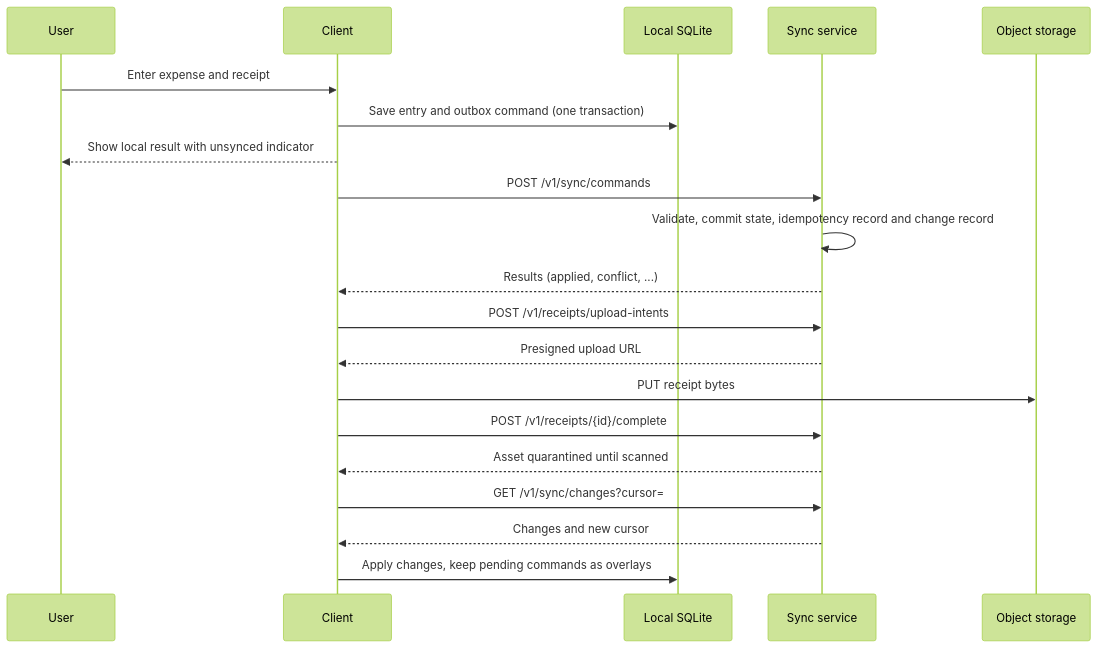
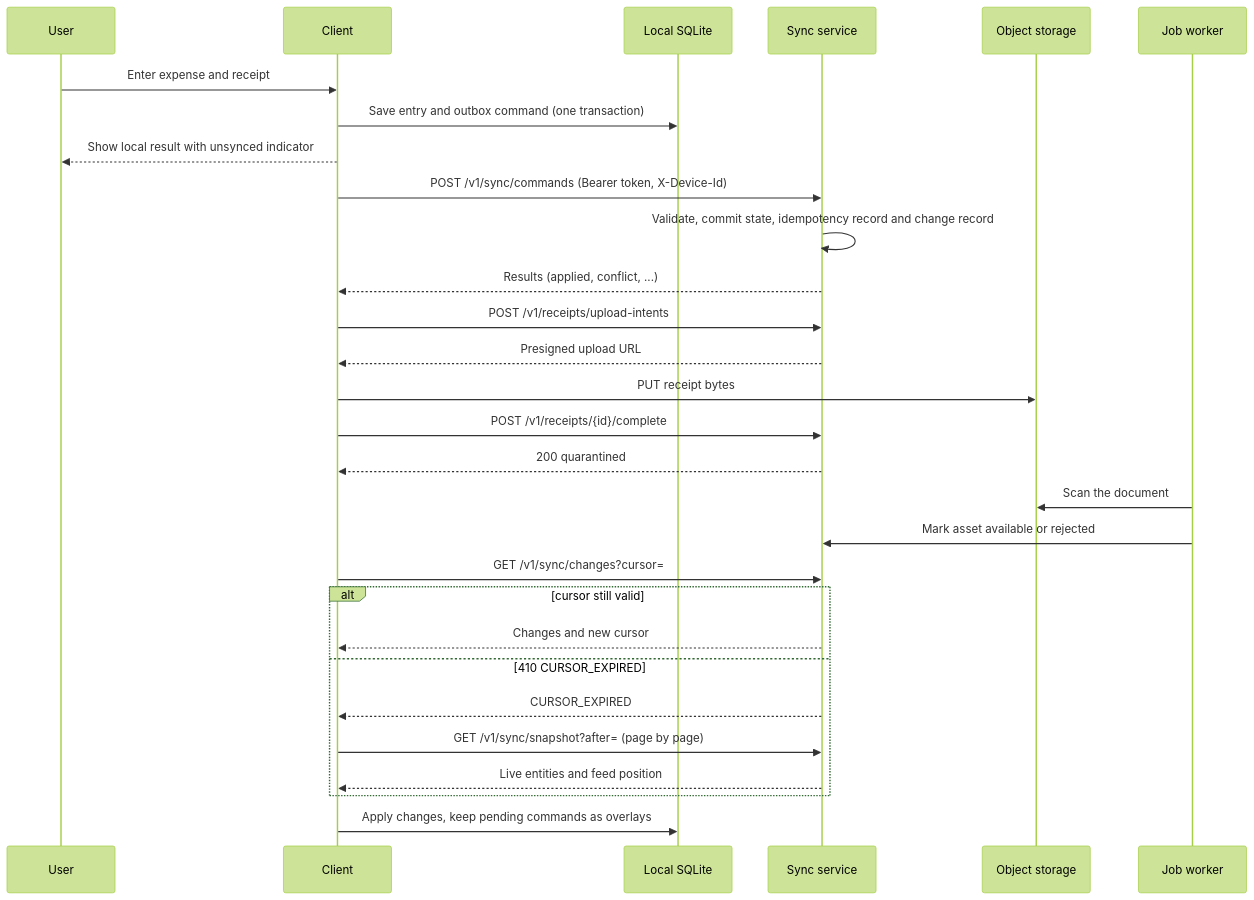
The diagram in src/docs/modules/sync/examples/sync-sequence.mmd (bovinemagnet/flutter-finances), drawn with Mermaid (forest theme) before and after one commit. The commit also changed 44 other files, not shown here.

```diff
--- a/src/docs/modules/sync/examples/sync-sequence.mmd
+++ b/src/docs/modules/sync/examples/sync-sequence.mmd
@@ -1,21 +1,30 @@
 sequenceDiagram
     participant U as User
     participant C as Client
     participant DB as Local SQLite
     participant S as Sync service
     participant O as Object storage
+    participant W as Job worker
 
     U->>C: Enter expense and receipt
     C->>DB: Save entry and outbox command (one transaction)
     C-->>U: Show local result with unsynced indicator
-    C->>S: POST /v1/sync/commands
+    C->>S: POST /v1/sync/commands (Bearer token, X-Device-Id)
     S->>S: Validate, commit state, idempotency record and change record
     S-->>C: Results (applied, conflict, ...)
     C->>S: POST /v1/receipts/upload-intents
     S-->>C: Presigned upload URL
     C->>O: PUT receipt bytes
     C->>S: POST /v1/receipts/{id}/complete
-    S-->>C: Asset quarantined until scanned
+    S-->>C: 200 quarantined
+    W->>O: Scan the document
+    W->>S: Mark asset available or rejected
     C->>S: GET /v1/sync/changes?cursor=
-    S-->>C: Changes and new cursor
+    alt cursor still valid
+        S-->>C: Changes and new cursor
+    else 410 CURSOR_EXPIRED
+        S-->>C: CURSOR_EXPIRED
+        C->>S: GET /v1/sync/snapshot?after= (page by page)
+        S-->>C: Live entities and feed position
+    end
     C->>DB: Apply changes, keep pending commands as overlays
```
